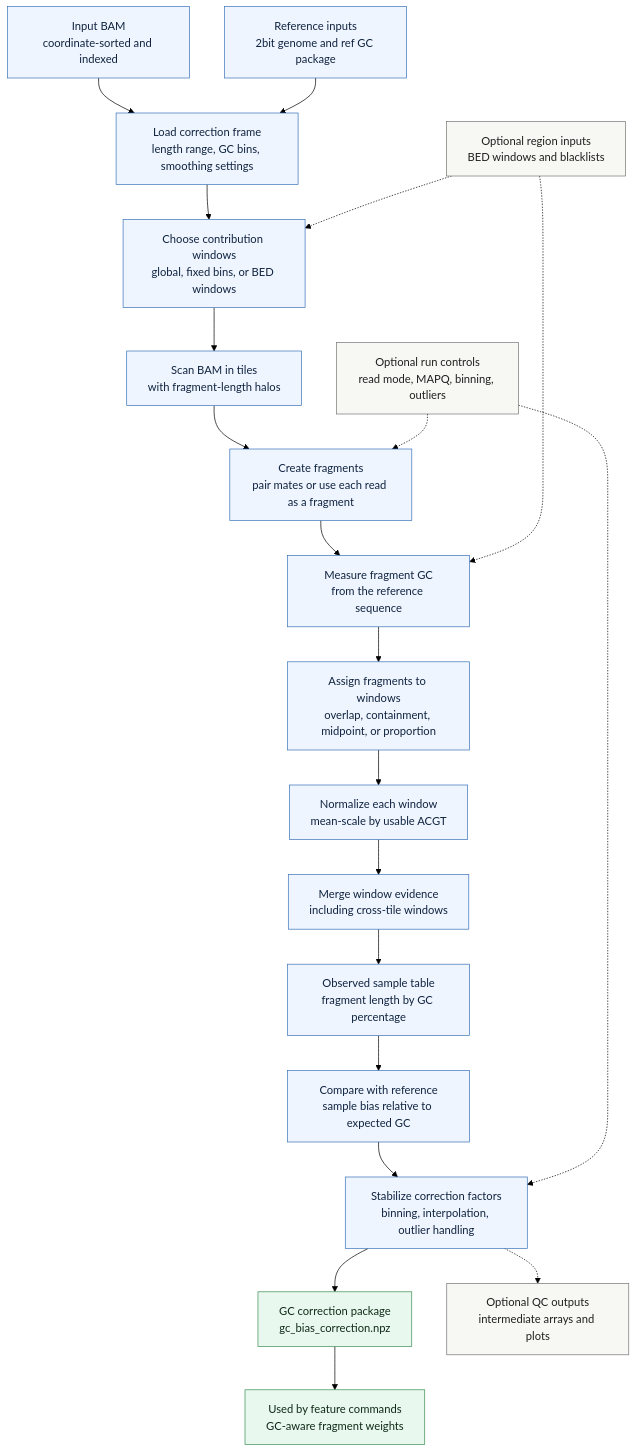
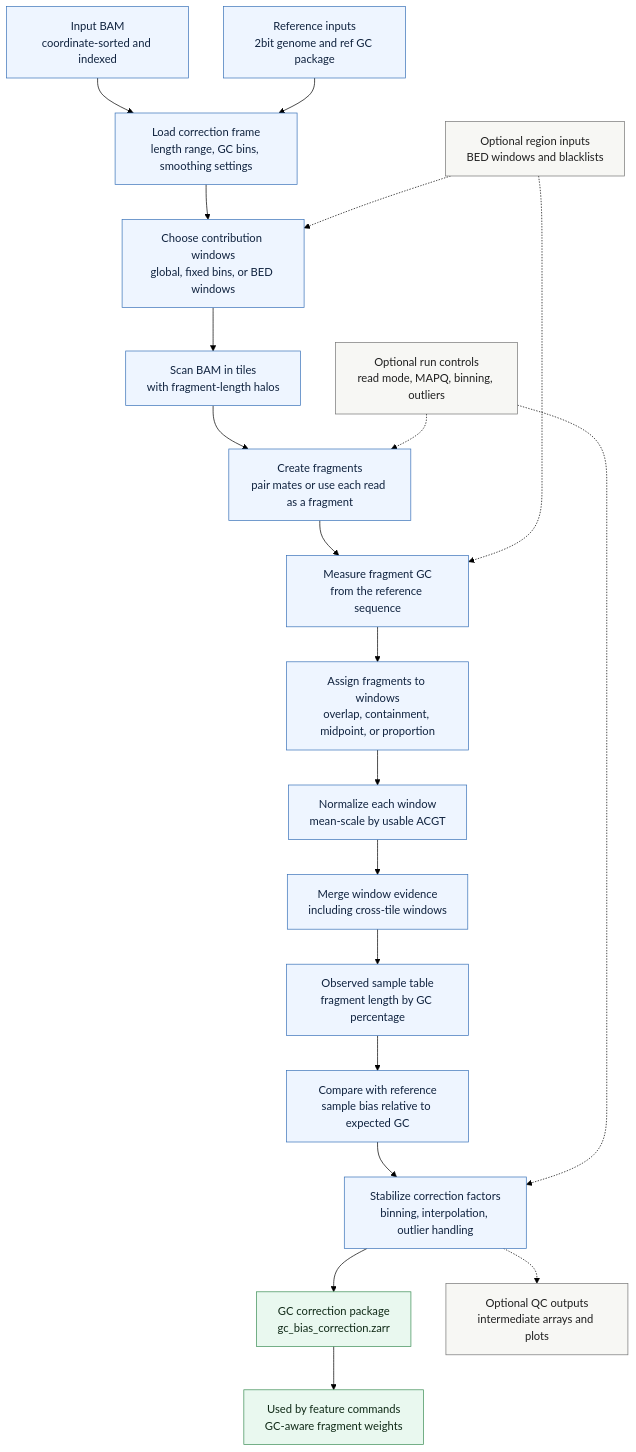
One commit to BesenbacherLab/cfDNAlab changed the diagram in .AI/docs/command_pipelines/gc-bias.md. Above: the diagram before and after it, drawn with Mermaid (forest theme). The commit also changed other lines of this file and 43 other files, not shown here.

Commit message:
Converts gc-bias and ref-gc-bias to use zarr output for packages

````diff
--- a/.AI/docs/command_pipelines/gc-bias.md
+++ b/.AI/docs/command_pipelines/gc-bias.md
@@ -7,39 +7,39 @@
 ```mermaid
 flowchart TD
     input["Input BAM<br/>coordinate-sorted and indexed"]
     reference["Reference inputs<br/>2bit genome and ref GC package"]
     setup["Load correction frame<br/>length range, GC bins, smoothing settings"]
     windows["Choose contribution windows<br/>global, fixed bins, or BED windows"]
     tiles["Scan BAM in tiles<br/>with fragment-length halos"]
     fragments["Create fragments<br/>pair mates or use each read as a fragment"]
     gc["Measure fragment GC<br/>from the reference sequence"]
     assign["Assign fragments to windows<br/>overlap, containment, midpoint, or proportion"]
     normalize["Normalize each window<br/>mean-scale by usable ACGT"]
     merge["Merge window evidence<br/>including cross-tile windows"]
     observed["Observed sample table<br/>fragment length by GC percentage"]
     compare["Compare with reference<br/>sample bias relative to expected GC"]
     stabilize["Stabilize correction factors<br/>binning, interpolation, outlier handling"]
-    package["GC correction package<br/>gc_bias_correction.npz"]
+    package["GC correction package<br/>gc_bias_correction.zarr"]
     consumer["Used by feature commands<br/>GC-aware fragment weights"]
 
     region_inputs["Optional region inputs<br/>BED windows and blacklists"]
     run_inputs["Optional run controls<br/>read mode, MAPQ, binning, outliers"]
     qc["Optional QC outputs<br/>intermediate arrays and plots"]
 
     input --> setup
     reference --> setup --> windows --> tiles --> fragments --> gc --> assign --> normalize --> merge --> observed --> compare --> stabilize --> package --> consumer
 
     region_inputs -.-> windows
     region_inputs -.-> gc
     run_inputs -.-> fragments
     run_inputs -.-> stabilize
     stabilize -.-> qc
 
     classDef core fill:#eef5ff,stroke:#3b73b9,color:#10233f;
     classDef optional fill:#f7f7f4,stroke:#777,color:#202020;
     classDef outputClass fill:#e9f8ef,stroke:#3e8f57,color:#102a17;
 
     class input,reference,setup,windows,tiles,fragments,gc,assign,normalize,merge,observed,compare,stabilize core;
     class region_inputs,run_inputs,qc optional;
     class package,consumer outputClass;
 ```
````
